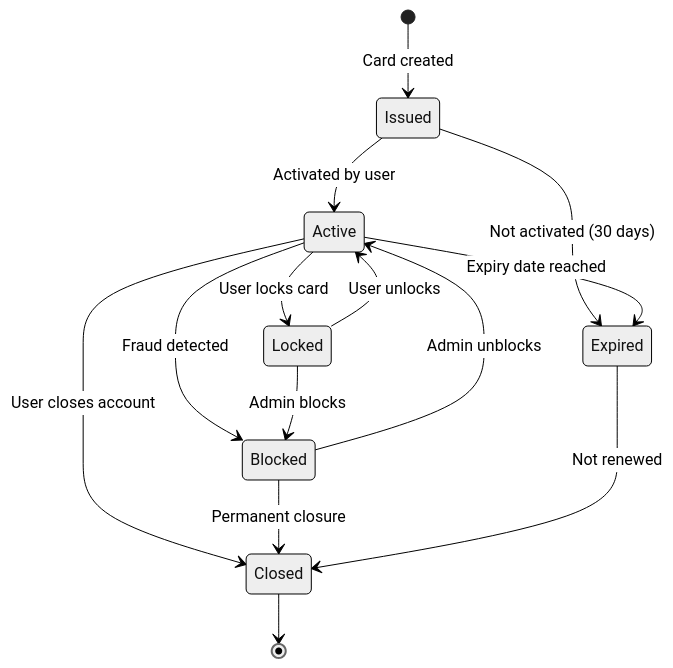
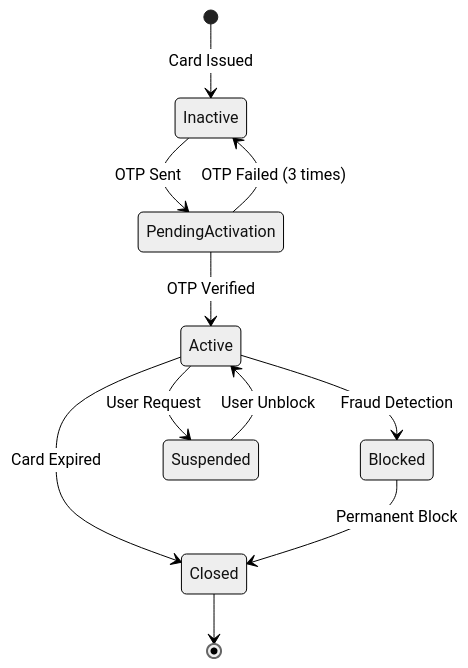
The third of 10 diagrams in 06-Dich-vu-The-va-Tokenization.md (huuhoait/openbanking-vn-specs), drawn with Mermaid (neutral theme) before and after one commit. The commit also changed other lines of this file and 14 other files, not shown here.

````diff
--- a/06-Dich-vu-The-va-Tokenization.md
+++ b/06-Dich-vu-The-va-Tokenization.md
@@ -98,21 +159,16 @@
 ```mermaid
 stateDiagram-v2
-    [*] --> Issued: Card created
-    Issued --> Active: Activated by user
-    Issued --> Expired: Not activated (30 days)
+    [*] --> Inactive: Card Issued
+    Inactive --> PendingActivation: OTP Sent
+    PendingActivation --> Active: OTP Verified
+    PendingActivation --> Inactive: OTP Failed (3 times)
     
-    Active --> Locked: User locks card
-    Active --> Blocked: Fraud detected
-    Active --> Expired: Expiry date reached
+    Active --> Blocked: Fraud Detection
+    Active --> Suspended: User Request
+    Suspended --> Active: User Unblock
     
-    Locked --> Active: User unlocks
-    Locked --> Blocked: Admin blocks
-    
-    Blocked --> Active: Admin unblocks
-    
-    Active --> Closed: User closes account
-    Blocked --> Closed: Permanent closure
-    Expired --> Closed: Not renewed
+    Active --> Closed: Card Expired
+    Blocked --> Closed: Permanent Block
     
     Closed --> [*]
 ```
````
